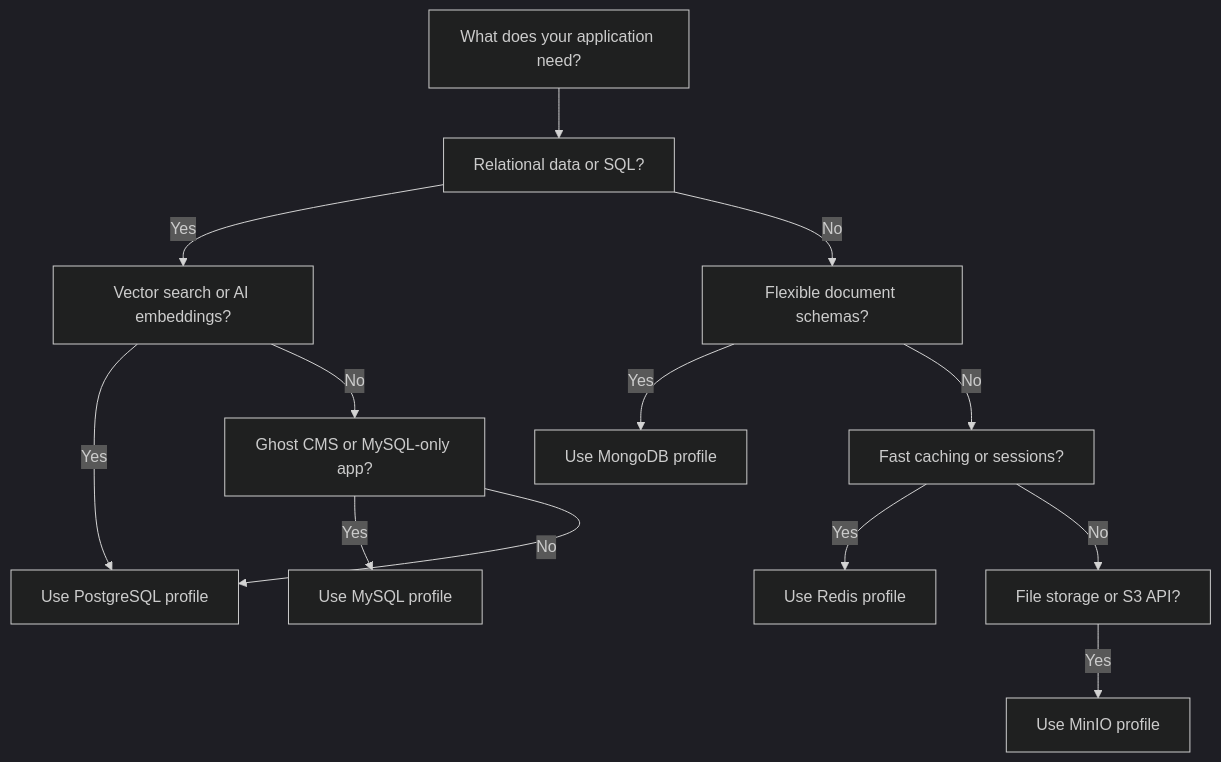
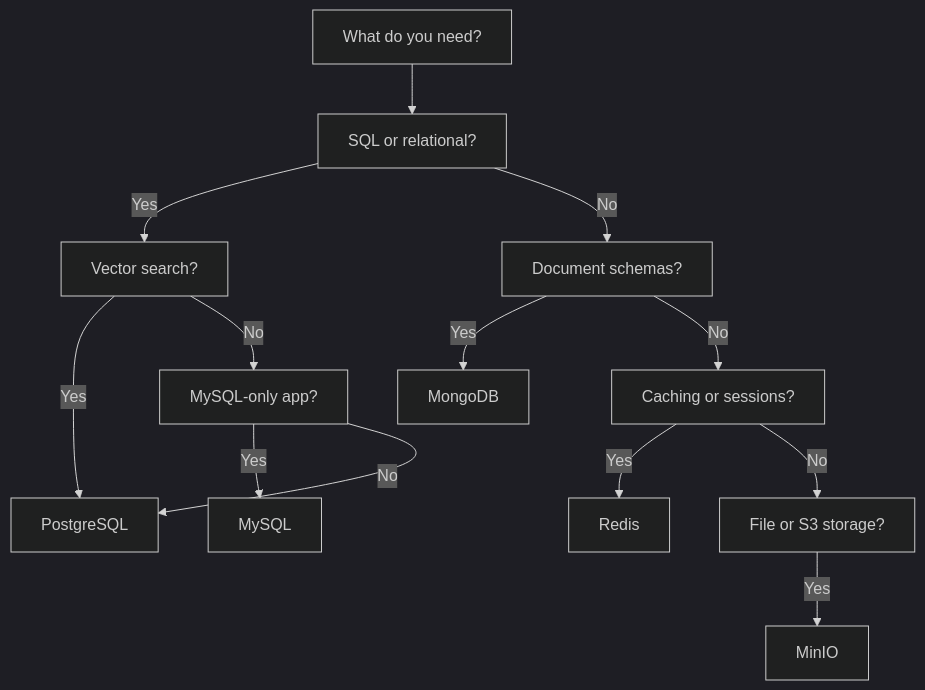
One commit to peermesh/docker-lab-docs changed the first of 2 diagrams in docs/profiles.md. Above: the diagram before and after it, drawn with Mermaid (dark theme). The commit also changed other lines of this file and 13 other files, not shown here.

First line of the commit message:
fix: improve diagram legibility and icon rendering

````diff
--- a/docs/profiles.md
+++ b/docs/profiles.md
@@ -142,29 +142,29 @@
 ```mermaid
 flowchart TB
-    Start["What does your application need?"]
-    SQL["Relational data or SQL?"]
-    Vector["Vector search or AI embeddings?"]
-    CMS["Ghost CMS or MySQL-only app?"]
-    Documents["Flexible document schemas?"]
-    Cache["Fast caching or sessions?"]
-    Files["File storage or S3 API?"]
+    Start["What do you need?"]
+    SQL["SQL or relational?"]
+    Vector["Vector search?"]
+    CMS["MySQL-only app?"]
+    Documents["Document schemas?"]
+    Cache["Caching or sessions?"]
+    Files["File or S3 storage?"]
 
-    PG["Use PostgreSQL profile"]
-    MY["Use MySQL profile"]
-    MO["Use MongoDB profile"]
-    RE["Use Redis profile"]
-    MI["Use MinIO profile"]
+    PG["PostgreSQL"]
+    MY["MySQL"]
+    MO["MongoDB"]
+    RE["Redis"]
+    MI["MinIO"]
 
     Start --> SQL
     SQL -->|Yes| Vector
     Vector -->|Yes| PG
     Vector -->|No| CMS
     CMS -->|Yes| MY
     CMS -->|No| PG
     SQL -->|No| Documents
     Documents -->|Yes| MO
     Documents -->|No| Cache
     Cache -->|Yes| RE
     Cache -->|No| Files
     Files -->|Yes| MI
 ```
````
